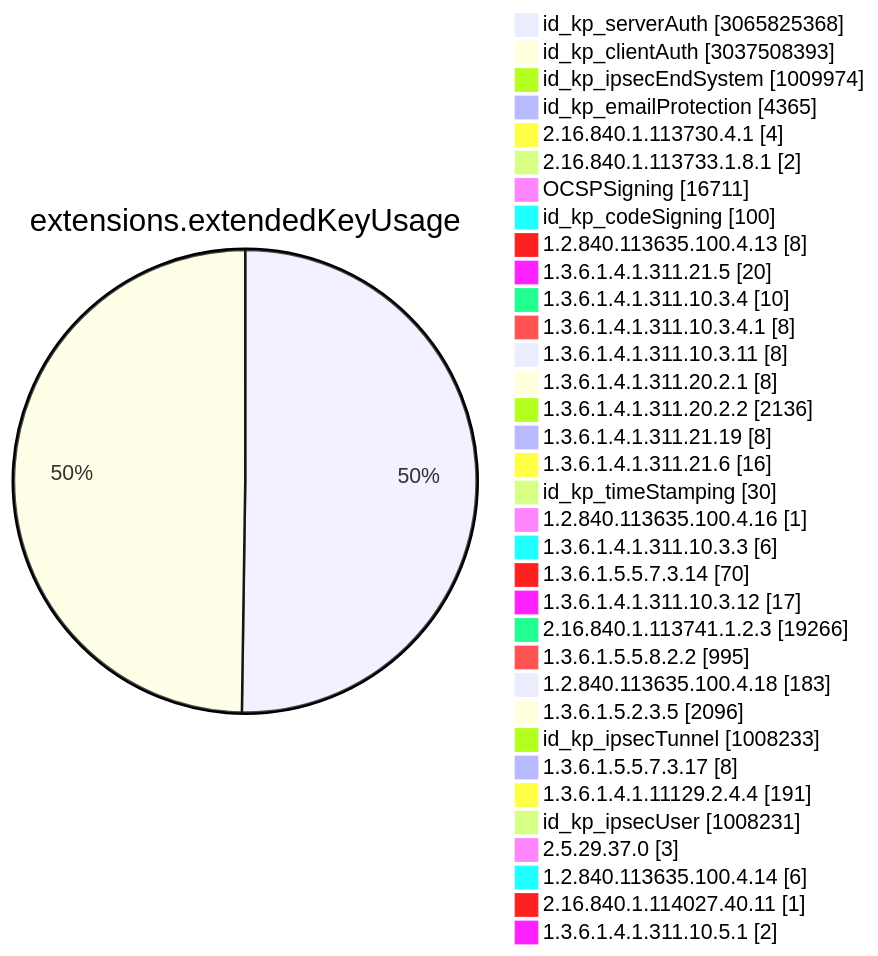
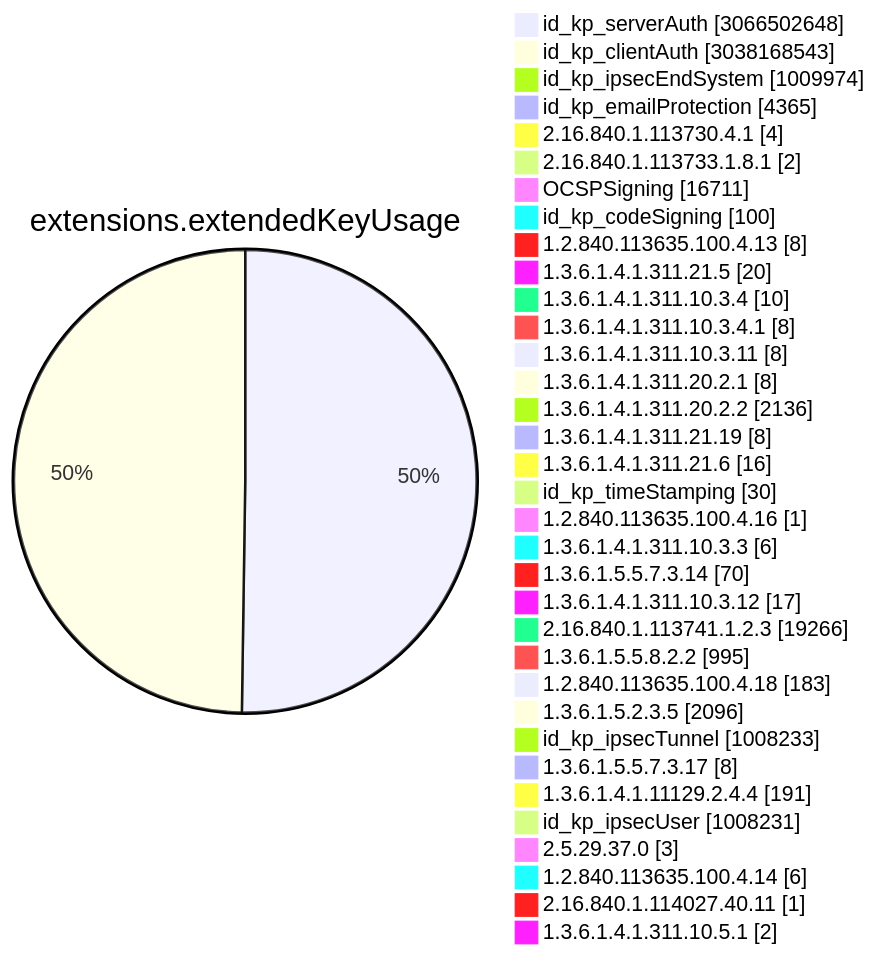
One commit to christiankrug/ctmonitor_visualization changed diagram 11 of 15 in TOTAL/README.md. Above: the diagram before and after it, drawn with Mermaid. The commit also changed other lines of this file, not shown here.

````diff
--- a/TOTAL/README.md
+++ b/TOTAL/README.md
@@ -4117,38 +4117,38 @@
 ```mermaid
 pie showData
 title extensions.extendedKeyUsage
-"id_kp_serverAuth" :3065825368
-"id_kp_clientAuth" :3037508393
+"id_kp_serverAuth" :3066502648
+"id_kp_clientAuth" :3038168543
 "id_kp_ipsecEndSystem" :1009974
 "id_kp_emailProtection" :4365
 "2.16.840.1.113730.4.1" :4
 "2.16.840.1.113733.1.8.1" :2
 "OCSPSigning" :16711
 "id_kp_codeSigning" :100
 "1.2.840.113635.100.4.13" :8
 "1.3.6.1.4.1.311.21.5" :20
 "1.3.6.1.4.1.311.10.3.4" :10
 "1.3.6.1.4.1.311.10.3.4.1" :8
 "1.3.6.1.4.1.311.10.3.11" :8
 "1.3.6.1.4.1.311.20.2.1" :8
 "1.3.6.1.4.1.311.20.2.2" :2136
 "1.3.6.1.4.1.311.21.19" :8
 "1.3.6.1.4.1.311.21.6" :16
 "id_kp_timeStamping" :30
 "1.2.840.113635.100.4.16" :1
 "1.3.6.1.4.1.311.10.3.3" :6
 "1.3.6.1.5.5.7.3.14" :70
 "1.3.6.1.4.1.311.10.3.12" :17
 "2.16.840.1.113741.1.2.3" :19266
 "1.3.6.1.5.5.8.2.2" :995
 "1.2.840.113635.100.4.18" :183
 "1.3.6.1.5.2.3.5" :2096
 "id_kp_ipsecTunnel" :1008233
 "1.3.6.1.5.5.7.3.17" :8
 "1.3.6.1.4.1.11129.2.4.4" :191
 "id_kp_ipsecUser" :1008231
 "2.5.29.37.0" :3
 "1.2.840.113635.100.4.14" :6
 "2.16.840.1.114027.40.11" :1
 "1.3.6.1.4.1.311.10.5.1" :2
 ```
````
